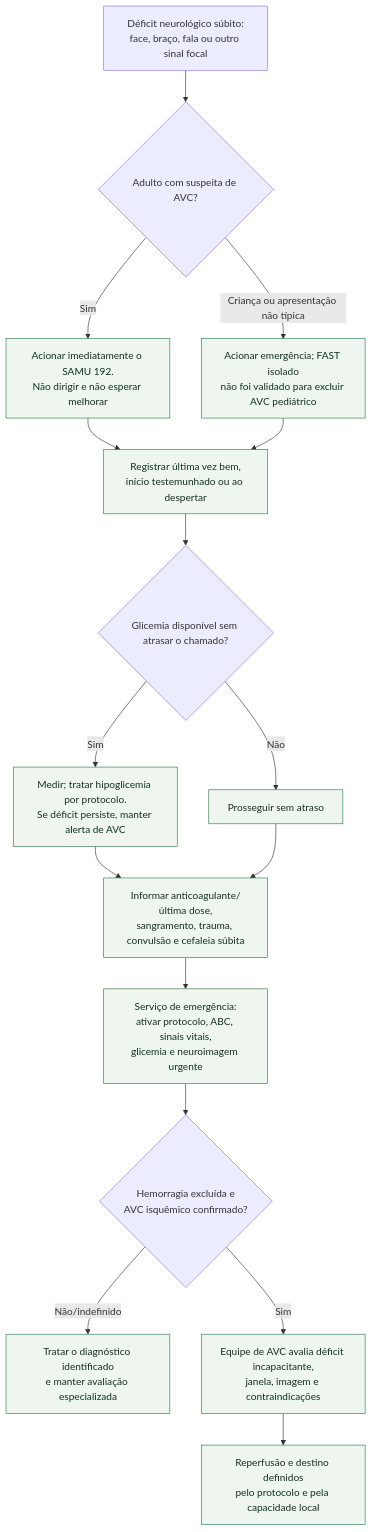
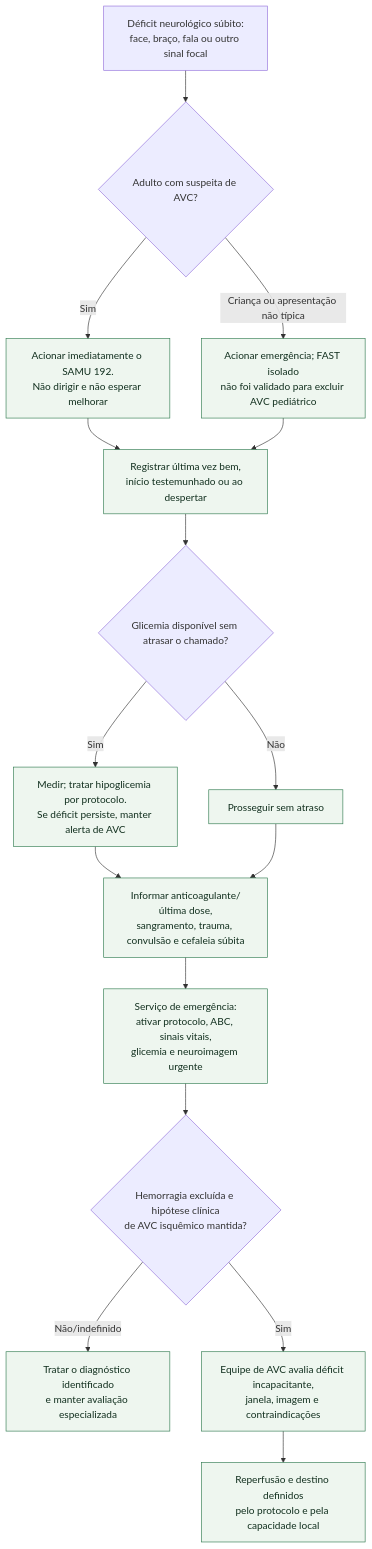
The diagram in content/Geral/fluxograma-suspeita-de-avc-agudo-primeira-hora.md (rafaelpaesmeirelles/MeuCardio), drawn with Mermaid before and after one commit. The commit also changed other lines of this file and 12 other files, not shown here.

````diff
--- a/content/Geral/fluxograma-suspeita-de-avc-agudo-primeira-hora.md
+++ b/content/Geral/fluxograma-suspeita-de-avc-agudo-primeira-hora.md
@@ -14,21 +15,21 @@
 ```mermaid
 flowchart TD
   A["Déficit neurológico súbito:<br/>face, braço, fala ou outro sinal focal"] --> B{"Adulto com suspeita de AVC?"}
   B -->|"Sim"| C["Acionar imediatamente o SAMU 192.<br/>Não dirigir e não esperar melhorar"]
   B -->|"Criança ou apresentação não típica"| C2["Acionar emergência; FAST isolado<br/>não foi validado para excluir AVC pediátrico"]
   C --> D["Registrar última vez bem,<br/>início testemunhado ou ao despertar"]
   C2 --> D
   D --> E{"Glicemia disponível sem atrasar o chamado?"}
   E -->|"Sim"| F["Medir; tratar hipoglicemia por protocolo.<br/>Se déficit persiste, manter alerta de AVC"]
   E -->|"Não"| G["Prosseguir sem atraso"]
   F --> H["Informar anticoagulante/última dose,<br/>sangramento, trauma, convulsão e cefaleia súbita"]
   G --> H
   H --> I["Serviço de emergência:<br/>ativar protocolo, ABC, sinais vitais,<br/>glicemia e neuroimagem urgente"]
-  I --> J{"Hemorragia excluída e<br/>AVC isquêmico confirmado?"}
+  I --> J{"Hemorragia excluída e hipótese clínica<br/>de AVC isquêmico mantida?"}
   J -->|"Não/indefinido"| K["Tratar o diagnóstico identificado<br/>e manter avaliação especializada"]
   J -->|"Sim"| L["Equipe de AVC avalia déficit incapacitante,<br/>janela, imagem e contraindicações"]
   L --> M["Reperfusão e destino definidos<br/>pelo protocolo e pela capacidade local"]
 
   classDef action fill:#eef6ef,stroke:#2f7a4f,color:#12301f;
   class C,C2,D,F,G,H,I,K,L,M action;
 ```
````
